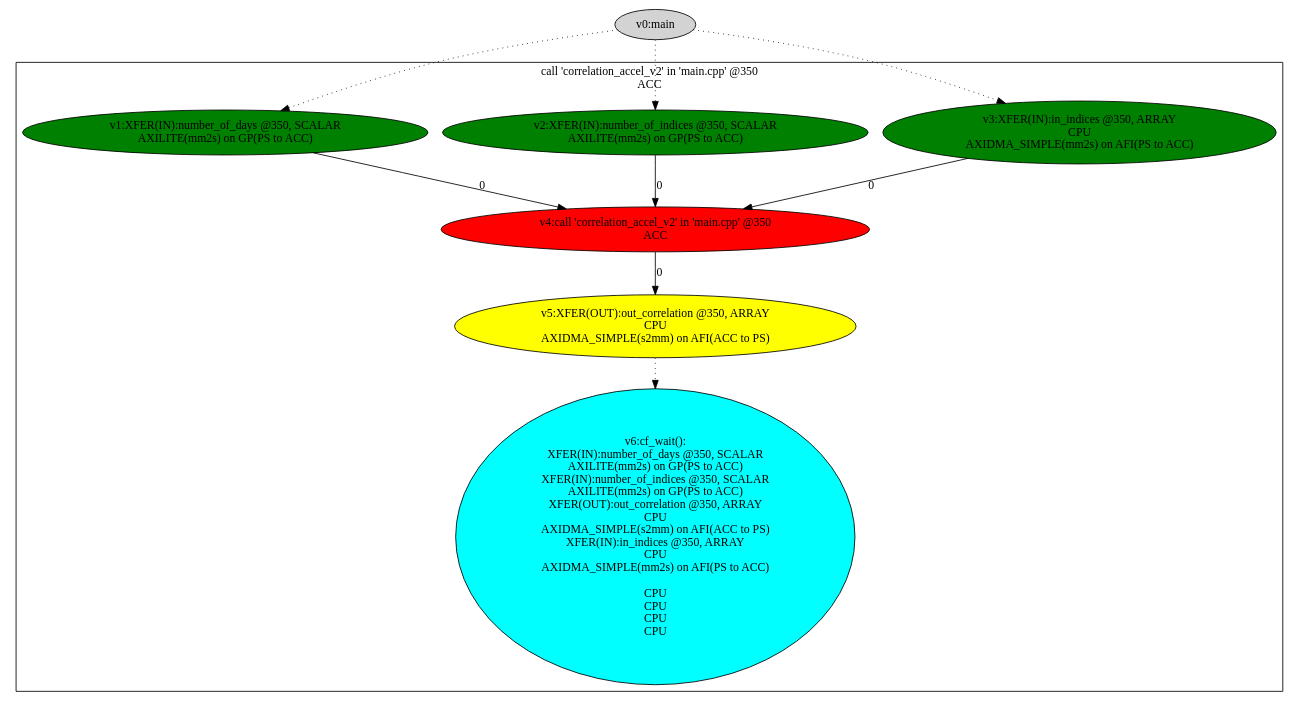
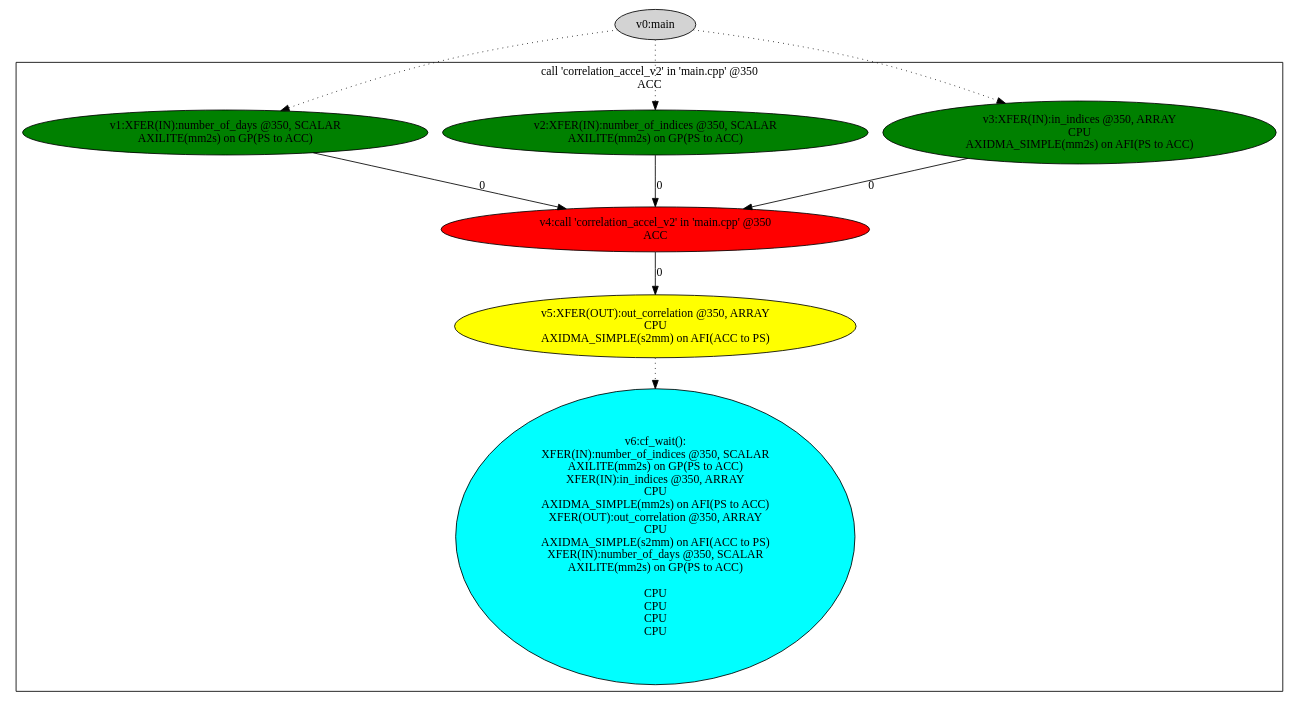
The diagram in workspace/correlation_ver2_axis/correlation_axis_ver2/SDRelease/_sds/.llvm/_p0_dtg.dot (nguyencanhtrung/SDSoC), drawn with Graphviz before and after one commit. The commit also changed 716 other files, not shown here.

```diff
--- a/workspace/correlation_ver2_axis/correlation_axis_ver2/SDRelease/_sds/.llvm/_p0_dtg.dot
+++ b/workspace/correlation_ver2_axis/correlation_axis_ver2/SDRelease/_sds/.llvm/_p0_dtg.dot
@@ -1,26 +1,26 @@
 digraph dm_graph {
 v0 [label = "v0:main" ,style=filled];
 v1 [label = "v1:XFER(IN):number_of_days @350, SCALAR\nAXILITE(mm2s) on GP(PS to ACC)\n" ,style=filled,fillcolor = green];
 v2 [label = "v2:XFER(IN):number_of_indices @350, SCALAR\nAXILITE(mm2s) on GP(PS to ACC)\n" ,style=filled,fillcolor = green];
 v3 [label = "v3:XFER(IN):in_indices @350, ARRAY\nCPU\nAXIDMA_SIMPLE(mm2s) on AFI(PS to ACC)\n" ,style=filled,fillcolor = green];
 v4 [label = "v4:call 'correlation_accel_v2' in 'main.cpp' @350\nACC\n" ,style=filled,fillcolor = red];
 v5 [label = "v5:XFER(OUT):out_correlation @350, ARRAY\nCPU\nAXIDMA_SIMPLE(s2mm) on AFI(ACC to PS)\n" ,style=filled,fillcolor = yellow];
-v6 [label = "v6:cf_wait(): \nXFER(IN):number_of_days @350, SCALAR\nAXILITE(mm2s) on GP(PS to ACC)\nXFER(IN):number_of_indices @350, SCALAR\nAXILITE(mm2s) on GP(PS to ACC)\nXFER(OUT):out_correlation @350, ARRAY\nCPU\nAXIDMA_SIMPLE(s2mm) on AFI(ACC to PS)\nXFER(IN):in_indices @350, ARRAY\nCPU\nAXIDMA_SIMPLE(mm2s) on AFI(PS to ACC)\n\nCPU\nCPU\nCPU\nCPU\n" ,style=filled,fillcolor = cyan];
+v6 [label = "v6:cf_wait(): \nXFER(IN):number_of_indices @350, SCALAR\nAXILITE(mm2s) on GP(PS to ACC)\nXFER(IN):in_indices @350, ARRAY\nCPU\nAXIDMA_SIMPLE(mm2s) on AFI(PS to ACC)\nXFER(OUT):out_correlation @350, ARRAY\nCPU\nAXIDMA_SIMPLE(s2mm) on AFI(ACC to PS)\nXFER(IN):number_of_days @350, SCALAR\nAXILITE(mm2s) on GP(PS to ACC)\n\nCPU\nCPU\nCPU\nCPU\n" ,style=filled,fillcolor = cyan];
 subgraph cluster0 {
 v1;
 v2;
 v3;
 v4;
 v5;
 v6;
 label = "call 'correlation_accel_v2' in 'main.cpp' @350\nACC\n";
 }
 v1 -> v4 [label = "0"];
 v2 -> v4 [label = "0"];
 v3 -> v4 [label = "0"];
 v4 -> v5 [label = "0"];
 v5 -> v6 [label = "", style = dotted];
 v0 -> v1 [label = "", style = dotted];
 v0 -> v2 [label = "", style = dotted];
 v0 -> v3 [label = "", style = dotted];
 }
```
